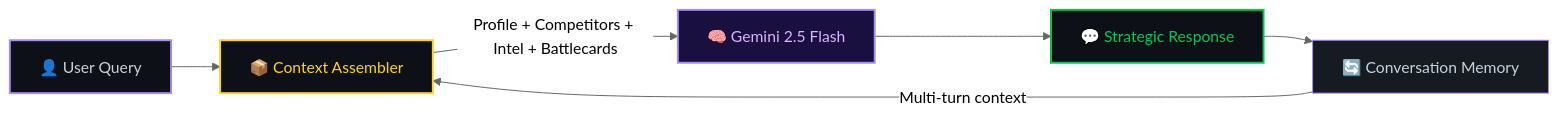
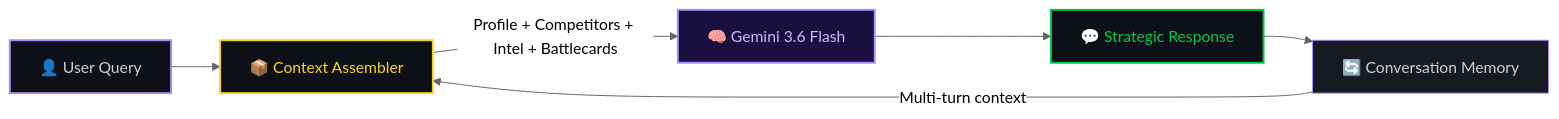
One commit to NitheshK4/MIRA changed the third of 3 diagrams in README.md. Above: the diagram before and after it, drawn with Mermaid (neutral theme). The commit also changed other lines of this file and 3 other files, not shown here.

Commit message:
feat: Replace Gemini 2.5 options with Gemini 3.6 Flash defaults across app and docs

````diff
--- a/README.md
+++ b/README.md
@@ -510,14 +510,14 @@
 ```mermaid
 graph LR
     USER["👤 User Query"] --> CTX["📦 Context Assembler"]
-    CTX --> |"Profile + Competitors + Intel + Battlecards"| LLM["🧠 Gemini 2.5 Flash"]
+    CTX --> |"Profile + Competitors + Intel + Battlecards"| LLM["🧠 Gemini 3.6 Flash"]
     LLM --> RESP["💬 Strategic Response"]
     RESP --> CONV["🔄 Conversation Memory"]
     CONV --> |"Multi-turn context"| CTX
 
     style USER fill:#0d1117,stroke:#A78BFA,stroke-width:2px,color:#c9d1d9
     style CTX fill:#0d1117,stroke:#FFD21E,stroke-width:2px,color:#FFD21E
     style LLM fill:#1a1040,stroke:#A78BFA,stroke-width:2px,color:#d8b4fe
     style RESP fill:#0d1117,stroke:#00C853,stroke-width:2px,color:#00C853
     style CONV fill:#161b22,stroke:#A78BFA,stroke-width:1px,color:#c9d1d9
 ```
````
